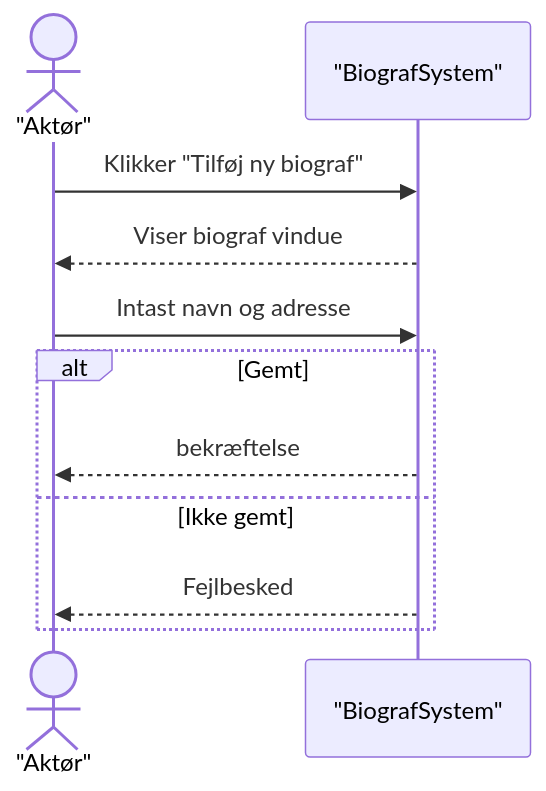
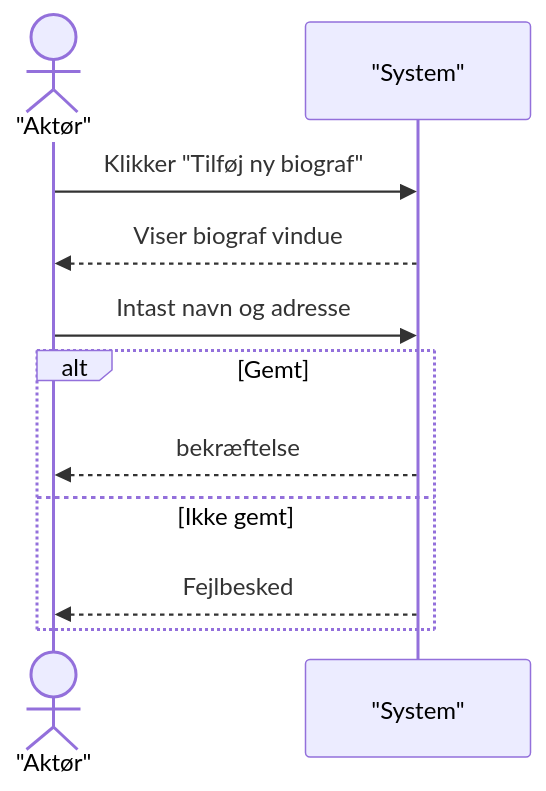
One commit to DMOoF25/TheMovie changed the diagram in docs/SSD S2 UC1.mmd. Above: the diagram before and after it, drawn with Mermaid.

Commit message:
Update SSD S2 UC1.mmd

```diff
--- a/docs/SSD S2 UC1.mmd
+++ b/docs/SSD S2 UC1.mmd
@@ -1,16 +1,16 @@
 sequenceDiagram
     actor JensPeter as "Aktør"
-    participant System as "BiografSystem"
+    participant System as "System"
 
     JensPeter->>System: Klikker "Tilføj ny biograf"
     System-->>JensPeter: Viser biograf vindue
 
     JensPeter->>System: Intast navn og adresse 
     
     
     alt Gemt
         
         System-->>JensPeter: bekræftelse
     else Ikke gemt
         System-->>JensPeter: Fejlbesked
     end
```
